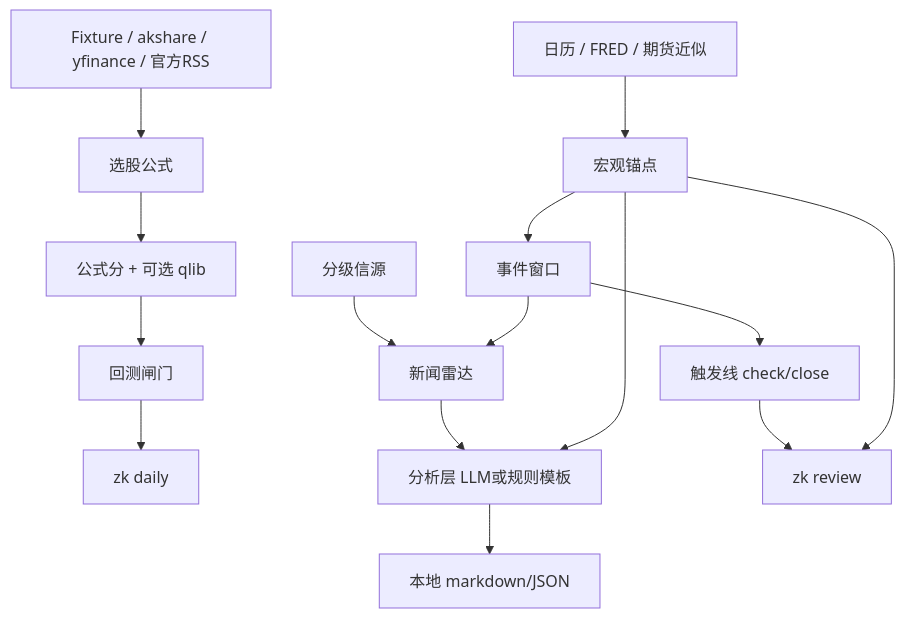
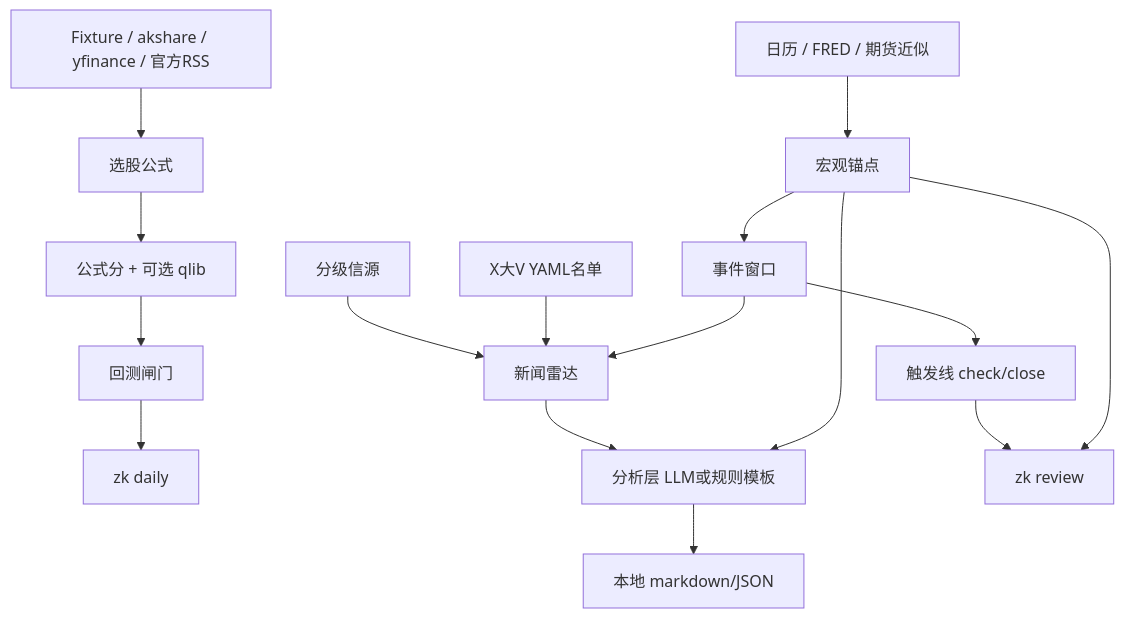
Before and after one commit to TTtian1998/invest-agents: the diagram in docs/ARCHITECTURE.md, drawn with Mermaid. The commit also changed other lines of this file and 53 other files, not shown here.

````diff
--- a/docs/ARCHITECTURE.md
+++ b/docs/ARCHITECTURE.md
@@ -5,17 +5,18 @@
 ```mermaid
 flowchart TD
   fixtures[Fixture / akshare / yfinance / 官方RSS] --> screens[选股公式]
   screens --> merge[公式分 + 可选 qlib]
   merge --> backtest[回测闸门]
   backtest --> daily[zk daily]
   newsSrc[分级信源] --> news[新闻雷达]
+  xWatch[X大V YAML名单] --> news
   macroSrc[日历 / FRED / 期货近似] --> macro[宏观锚点]
   news --> analyze[分析层 LLM或规则模板]
   macro --> analyze
   analyze --> reports[本地 markdown/JSON]
   macro --> windows[事件窗口]
   windows --> triggers[触发线 check/close]
   windows --> news
   triggers --> hitrate[zk review]
   macro --> hitrate
 ```
````
